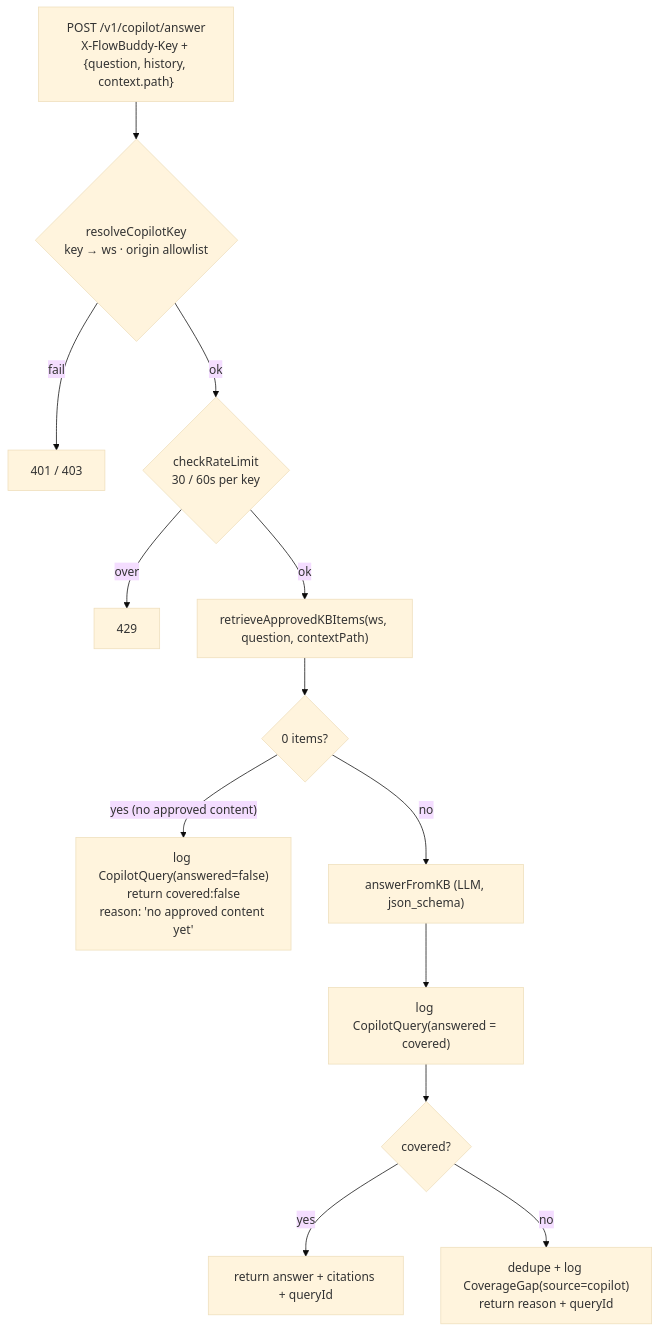
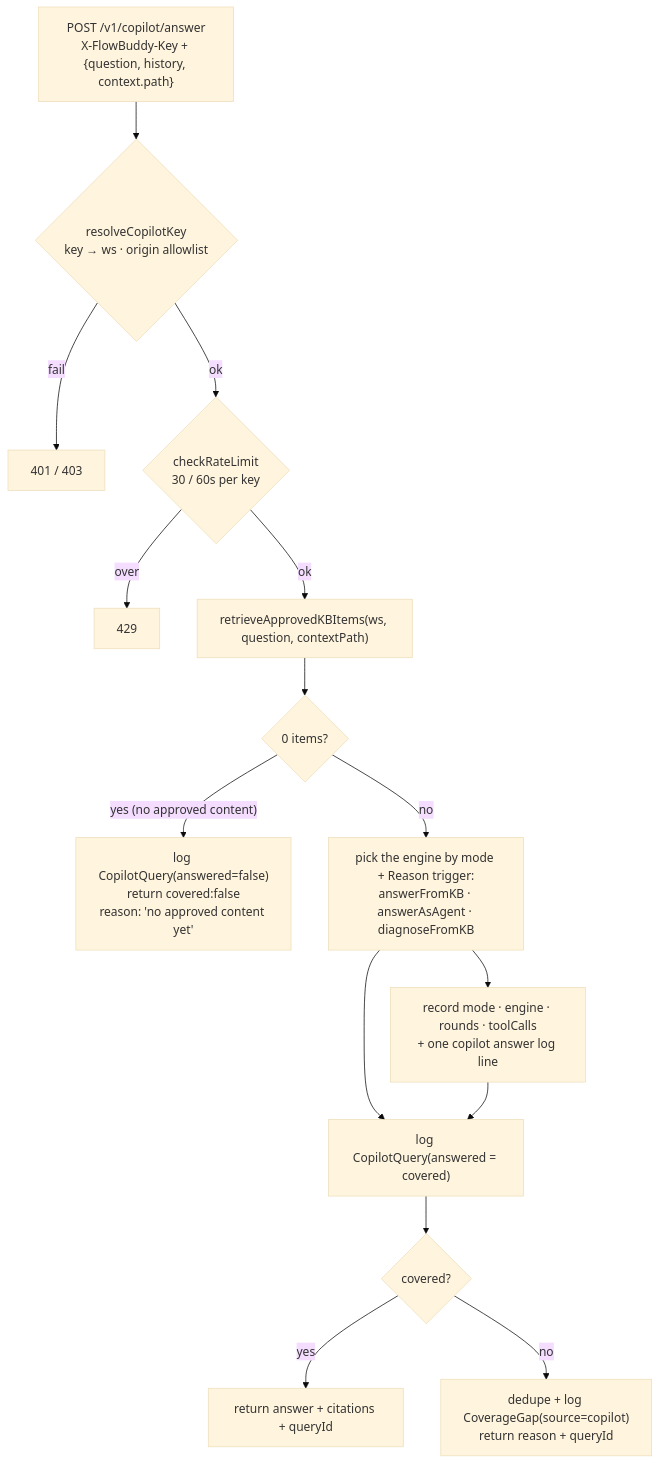
The diagram in docs/internals/copilot.md (himanshu3553/flowbuddy), drawn with Mermaid (base theme) before and after one commit. The commit also changed other lines of this file and 19 other files, not shown here.

````diff
--- a/docs/internals/copilot.md
+++ b/docs/internals/copilot.md
@@ -78,15 +78,17 @@
 ```mermaid
 flowchart TD
     Q["POST /v1/copilot/answer<br/>X-FlowBuddy-Key + {question, history, context.path}"] --> AUTH
     AUTH{"resolveCopilotKey<br/>key → ws · origin allowlist"} -- fail --> E1["401 / 403"]
     AUTH -- ok --> RL{"checkRateLimit<br/>30 / 60s per key"}
     RL -- over --> E2["429"]
     RL -- ok --> RET["retrieveApprovedKBItems(ws, question, contextPath)"]
     RET --> Z{"0 items?"}
     Z -- "yes (no approved content)" --> NP["log CopilotQuery(answered=false)<br/>return covered:false<br/>reason: 'no approved content yet'"]
-    Z -- no --> ANS["answerFromKB (LLM, json_schema)"]
+    Z -- no --> ANS["pick the engine by mode + Reason trigger:<br/>answerFromKB · answerAsAgent · diagnoseFromKB"]
     ANS --> LOG["log CopilotQuery(answered = covered)"]
+    ANS --> TEL["record mode · engine · rounds · toolCalls<br/>+ one copilot answer log line"]
+    TEL --> LOG
     LOG --> C{"covered?"}
     C -- yes --> OK["return answer + citations + queryId"]
     C -- no --> GAP["dedupe + log CoverageGap(source=copilot)<br/>return reason + queryId"]
 ```
````
